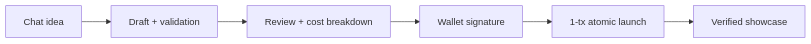
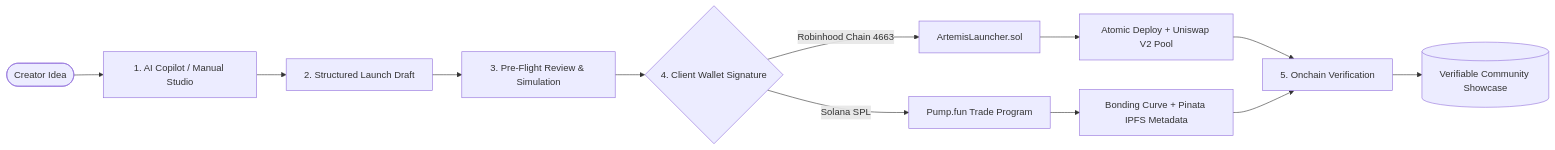
Before and after one commit to artemis-deployer/artemis: the diagram in README.md, drawn with Mermaid. The commit also changed other lines of this file and 3 other files, not shown here.

````diff
--- a/README.md
+++ b/README.md
@@ -42,8 +51,18 @@
 ```mermaid
 flowchart LR
-    Idea[Chat idea] --> Draft[Draft + validation]
-    Draft --> Review[Review + cost breakdown]
-    Review --> Sign[Wallet signature]
-    Sign --> Chain[1-tx atomic launch]
-    Chain --> Showcase[Verified showcase]
+    User([Creator Idea]) --> Copilot[1. AI Copilot / Manual Studio]
+    Copilot --> Draft[2. Structured Launch Draft]
+    Draft --> Review[3. Pre-Flight Review & Simulation]
+    Review --> Wallet{4. Client Wallet Signature}
+    
+    Wallet -->|Robinhood Chain 4663| EVM[ArtemisLauncher.sol]
+    Wallet -->|Solana SPL| SOL[Pump.fun Trade Program]
+    
+    EVM --> Atom[Atomic Deploy + Uniswap V2 Pool]
+    SOL --> Pump[Bonding Curve + Pinata IPFS Metadata]
+    
+    Atom --> Proof[5. Onchain Verification]
+    Pump --> Proof
+    
+    Proof --> Showcase[(Verifiable Community Showcase)]
 ```
````
